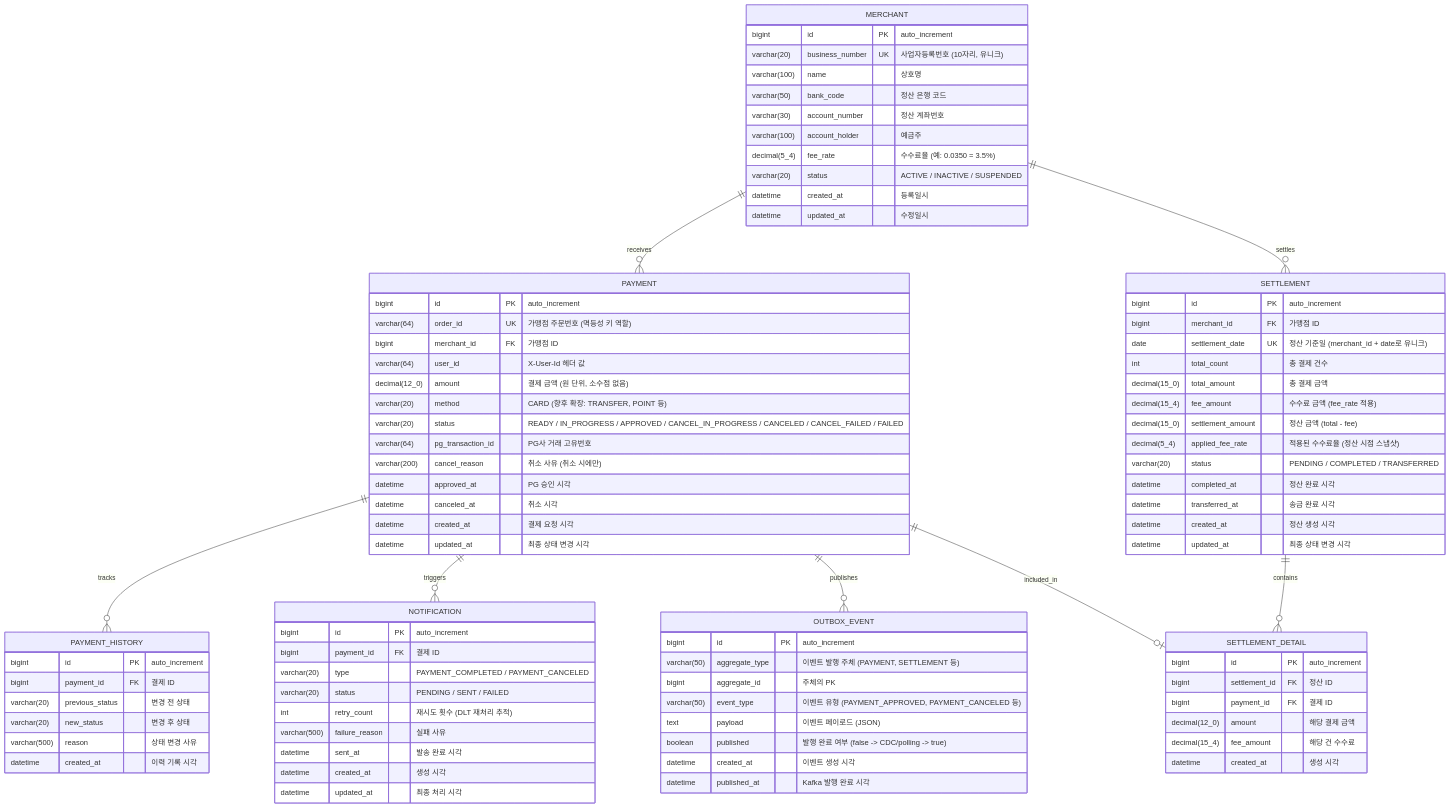
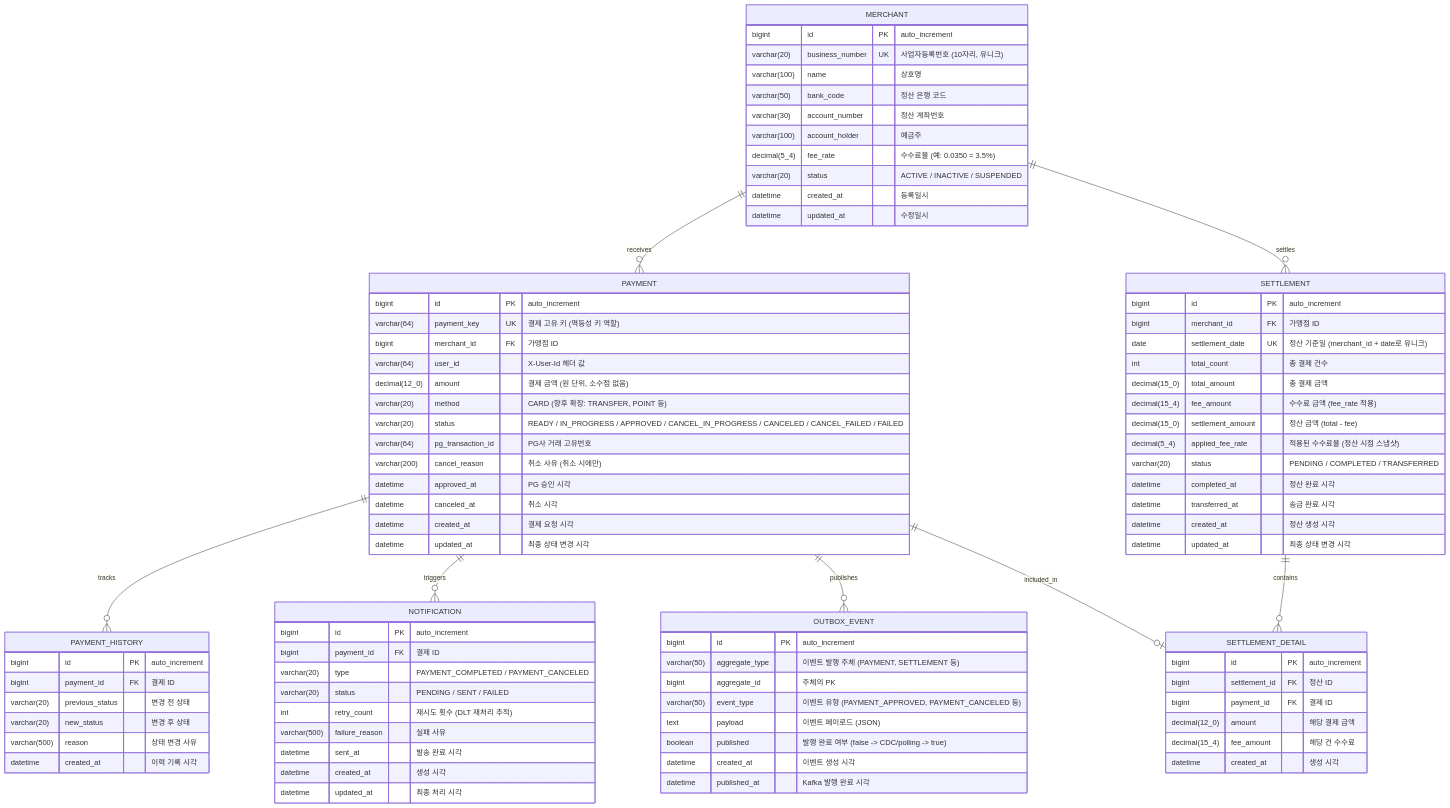
Before and after one commit to woojeans7/leopay: the diagram in docs/ERD.md, drawn with Mermaid. The commit also changed other lines of this file and 17 other files, not shown here.

```diff
--- a/docs/ERD.md
+++ b/docs/ERD.md
@@ -47,7 +47,7 @@
 
     PAYMENT {
         bigint id PK "auto_increment"
-        varchar(64) order_id UK "가맹점 주문번호 (멱등성 키 역할)"
+        varchar(64) payment_key UK "결제 고유 키 (멱등성 키 역할)"
         bigint merchant_id FK "가맹점 ID"
         varchar(64) user_id "X-User-Id 헤더 값"
         decimal(12_0) amount "결제 금액 (원 단위, 소수점 없음)"
```
